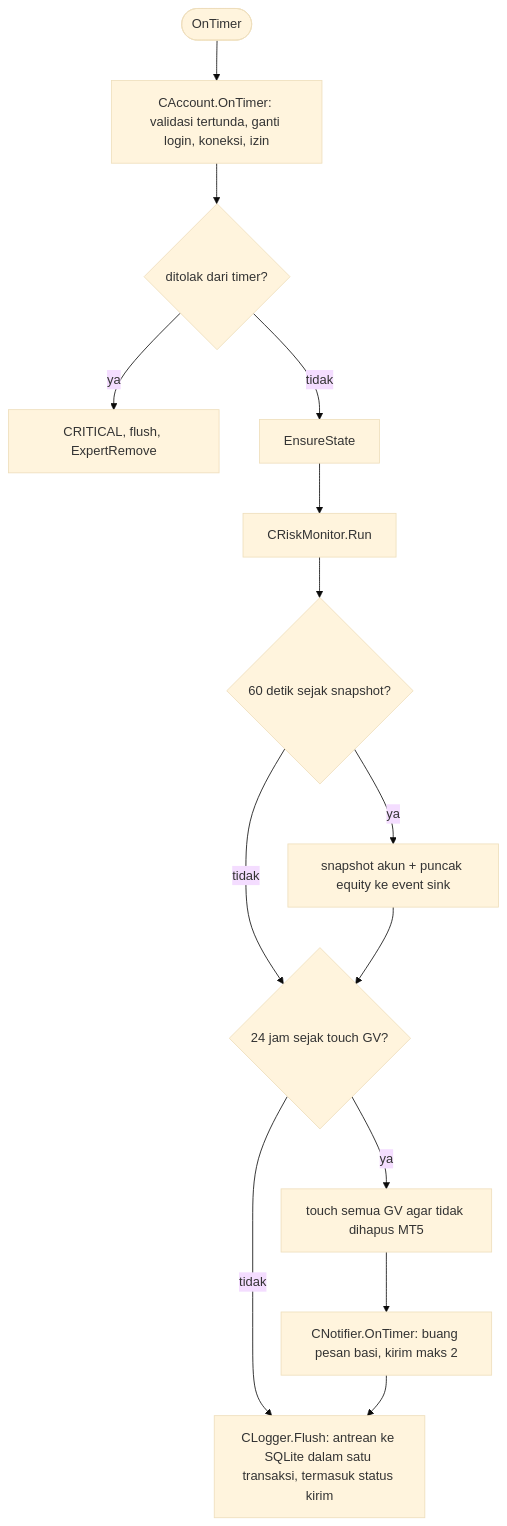
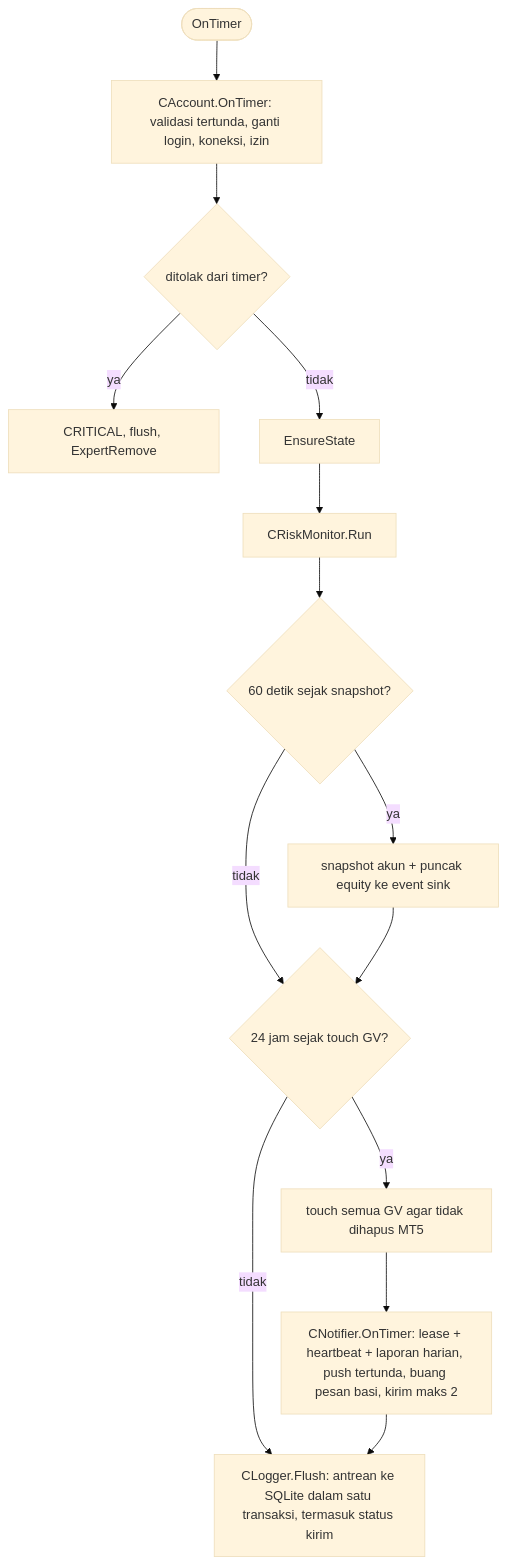
The diagram in sdbot/docs/flows/timer.md (ndra969/trading-bot), drawn with Mermaid (base theme) before and after one commit. The commit also changed 64 other files, not shown here.

````diff
--- a/sdbot/docs/flows/timer.md
+++ b/sdbot/docs/flows/timer.md
@@ -3,16 +3,16 @@
 ```mermaid
 flowchart TB
     T([OnTimer]) --> A[CAccount.OnTimer: validasi tertunda, ganti login, koneksi, izin]
     A --> R{ditolak dari timer?}
     R -->|ya| X[CRITICAL, flush, ExpertRemove]
     R -->|tidak| E[EnsureState]
     E --> M[CRiskMonitor.Run]
     M --> S{60 detik sejak snapshot?}
     S -->|ya| SN[snapshot akun + puncak equity ke event sink]
     S -->|tidak| G
     SN --> G{24 jam sejak touch GV?}
     G -->|ya| TG[touch semua GV agar tidak dihapus MT5]
     G -->|tidak| F
-    TG --> N[CNotifier.OnTimer: buang pesan basi, kirim maks 2]
+    TG --> N[CNotifier.OnTimer: lease + heartbeat + laporan harian, push tertunda, buang pesan basi, kirim maks 2]
     N --> F[CLogger.Flush: antrean ke SQLite dalam satu transaksi, termasuk status kirim]
 ```
````
